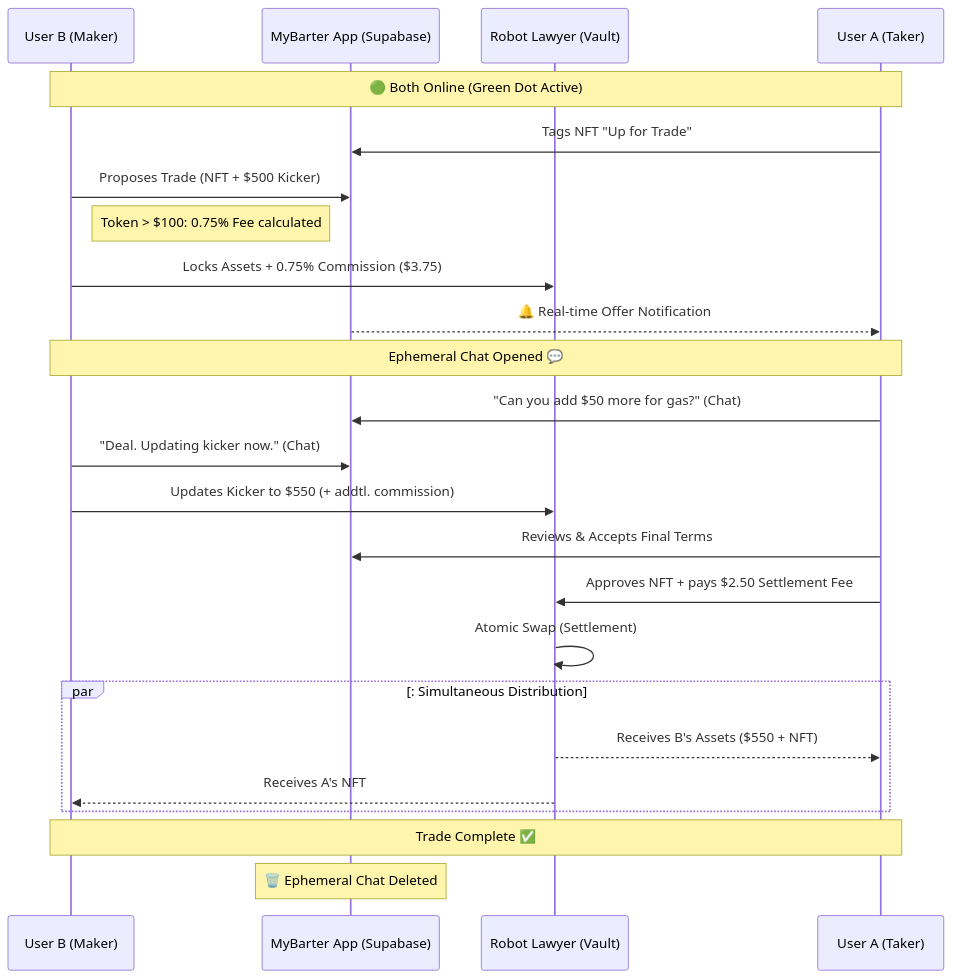
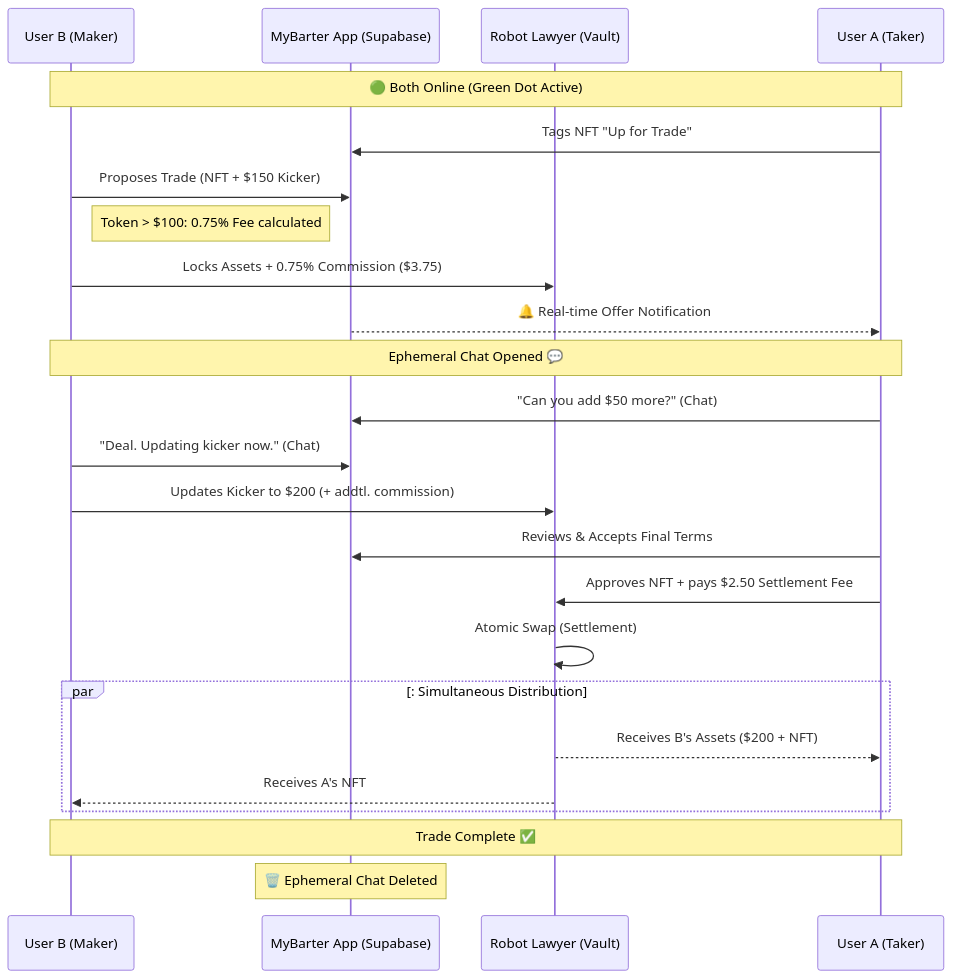
Before and after one commit to 0xpiweb/MyBarter: the diagram in DOCS/USER_FLOW.md, drawn with Mermaid.

````diff
--- a/DOCS/USER_FLOW.md
+++ b/DOCS/USER_FLOW.md
@@ -2,36 +2,36 @@
 ```mermaid
 sequenceDiagram
     participant B as User B (Maker)
     participant APP as MyBarter App (Supabase)
     participant RL as Robot Lawyer (Vault)
     participant A as User A (Taker)
 
     Note over A, B: 🟢 Both Online (Green Dot Active)
     
     A->>APP: Tags NFT "Up for Trade"
-    B->>APP: Proposes Trade (NFT + $500 Kicker)
+    B->>APP: Proposes Trade (NFT + $150 Kicker)
     
     Note right of B: Token > $100: 0.75% Fee calculated
     B->>RL: Locks Assets + 0.75% Commission ($3.75)
     
     APP-->>A: 🔔 Real-time Offer Notification
     
     Note over A, B: Ephemeral Chat Opened 💬
-    A->>APP: "Can you add $50 more for gas?" (Chat)
+    A->>APP: "Can you add $50 more?" (Chat)
     B->>APP: "Deal. Updating kicker now." (Chat)
     
-    B->>RL: Updates Kicker to $550 (+ addtl. commission)
+    B->>RL: Updates Kicker to $200 (+ addtl. commission)
     
     A->>APP: Reviews & Accepts Final Terms
     A->>RL: Approves NFT + pays $2.50 Settlement Fee
     
     RL->>RL: Atomic Swap (Settlement)
     
     PAR: Simultaneous Distribution
-        RL-->>A: Receives B's Assets ($550 + NFT)
+        RL-->>A: Receives B's Assets ($200 + NFT)
         RL-->>B: Receives A's NFT
     END
 
     Note over A, B: Trade Complete ✅
     Note over APP: 🗑️ Ephemeral Chat Deleted
 ```
````
